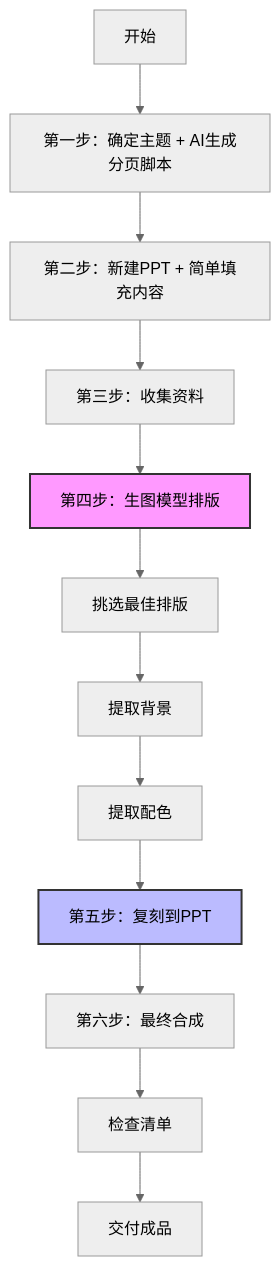
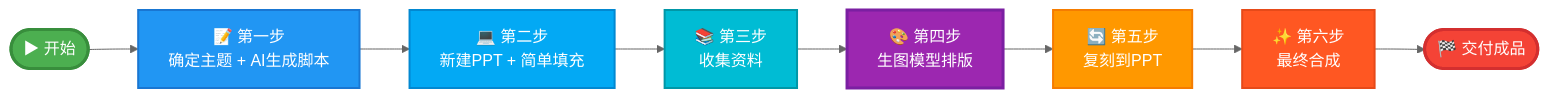
One commit to dianddiai/Firefly changed the third of 3 diagrams in src/content/posts/ai-ppt-workflow.md. Above: the diagram before and after it, drawn with Mermaid (neutral theme). The commit also changed other lines of this file, not shown here.

Commit message:
优化流程图为横向时间线，更新参考资料为中转站链接

````diff
--- a/src/content/posts/ai-ppt-workflow.md
+++ b/src/content/posts/ai-ppt-workflow.md
@@ -255,17 +255,19 @@
 ```mermaid
-flowchart TD
-    Start[开始] --> Step1[第一步：确定主题 + AI生成分页脚本]
-    Step1 --> Step2[第二步：新建PPT + 简单填充内容]
-    Step2 --> Step3[第三步：收集资料]
-    Step3 --> Step4[第四步：生图模型排版]
-    Step4 --> Step4a[挑选最佳排版]
-    Step4a --> Step4b[提取背景]
-    Step4b --> Step4c[提取配色]
-    Step4c --> Step5[第五步：复刻到PPT]
-    Step5 --> Step6[第六步：最终合成]
-    Step6 --> Check[检查清单]
-    Check --> End[交付成品]
+flowchart LR
+    Start([▶ 开始]) --> S1[📝 第一步<br/>确定主题 + AI生成脚本]
+    S1 --> S2[💻 第二步<br/>新建PPT + 简单填充]
+    S2 --> S3[📚 第三步<br/>收集资料]
+    S3 --> S4[🎨 第四步<br/>生图模型排版]
+    S4 --> S5[🔄 第五步<br/>复刻到PPT]
+    S5 --> S6[✨ 第六步<br/>最终合成]
+    S6 --> End([🏁 交付成品])
 
-    style Step4 fill:#f9f,stroke:#333,stroke-width:2px
-    style Step5 fill:#bbf,stroke:#333,stroke-width:2px
+    style Start fill:#4CAF50,stroke:#388E3C,stroke-width:3px,color:#fff
+    style End fill:#F44336,stroke:#D32F2F,stroke-width:3px,color:#fff
+    style S1 fill:#2196F3,stroke:#1976D2,stroke-width:2px,color:#fff
+    style S2 fill:#03A9F4,stroke:#0288D1,stroke-width:2px,color:#fff
+    style S3 fill:#00BCD4,stroke:#0097A7,stroke-width:2px,color:#fff
+    style S4 fill:#9C27B0,stroke:#7B1FA2,stroke-width:3px,color:#fff
+    style S5 fill:#FF9800,stroke:#F57C00,stroke-width:2px,color:#fff
+    style S6 fill:#FF5722,stroke:#E64A19,stroke-width:2px,color:#fff
 ```
````
